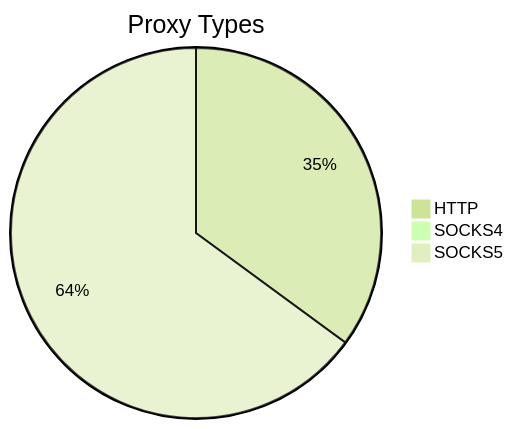
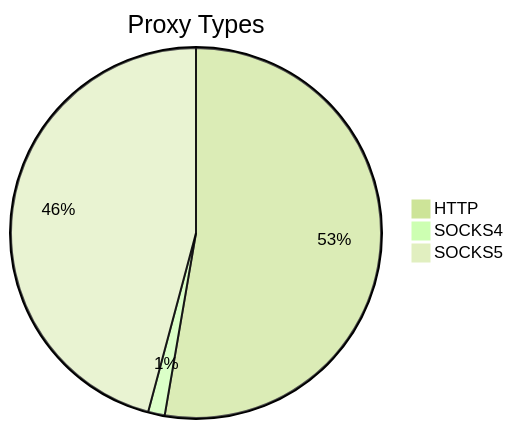
Before and after one commit to stormsia/proxy-list: the first of 2 diagrams in README.md, drawn with Mermaid (forest theme). The commit also changed other lines of this file, not shown here.

````diff
--- a/README.md
+++ b/README.md
@@ -21,6 +21,6 @@
 ```mermaid
 pie title Proxy Types
-    "HTTP" : 701
-    "SOCKS4" : 20
-    "SOCKS5" : 1298
+    "HTTP" : 399
+    "SOCKS4" : 11
+    "SOCKS5" : 347
 ```
````
